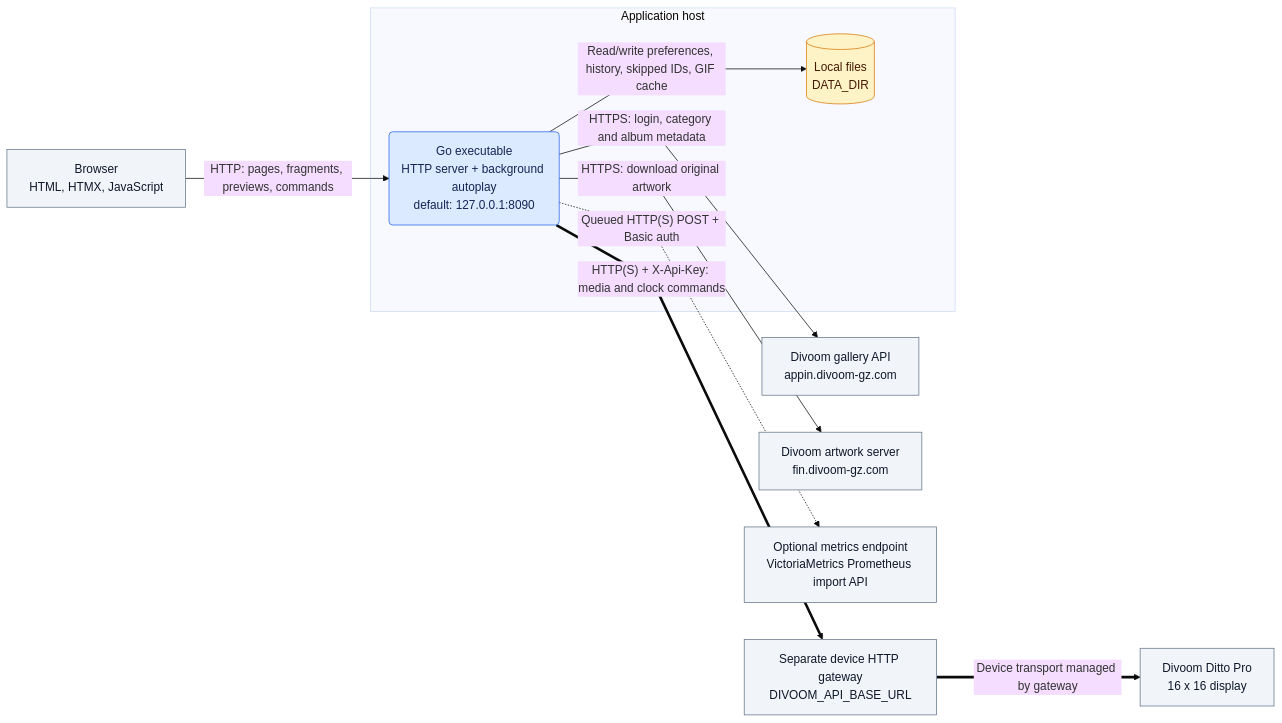
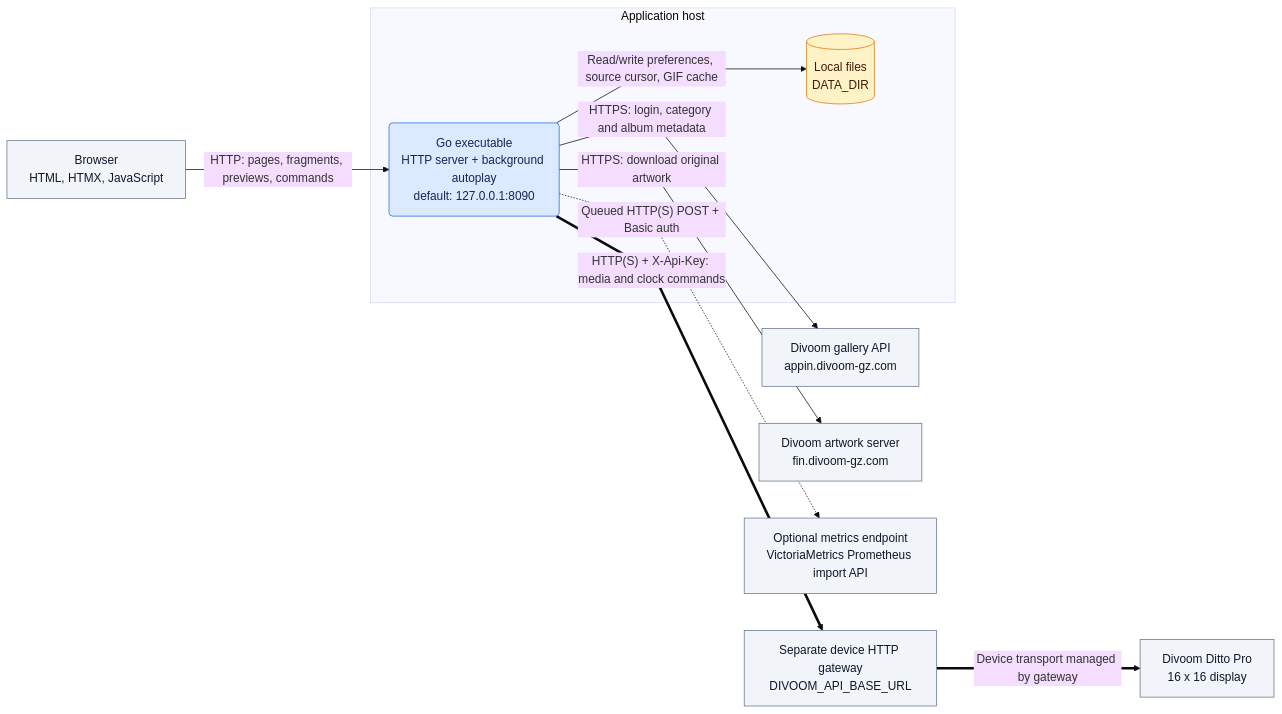
Before and after one commit to lAnubisl/divoom-ditto-pro-online-catalog: the first of 3 diagrams in docs/architecture.md, drawn with Mermaid (base theme). The commit also changed other lines of this file and 27 other files, not shown here.

````diff
--- a/docs/architecture.md
+++ b/docs/architecture.md
@@ -27,28 +27,28 @@
 ```mermaid
 %%{init: {"flowchart": {"curve": "rounded"}}}%%
 flowchart LR
     browser["Browser<br/>HTML, HTMX, JavaScript"]:::external
 
     subgraph host["Application host"]
         app("Go executable<br/>HTTP server + background autoplay<br/>default: 127.0.0.1:8090"):::service
         disk[("Local files<br/>DATA_DIR")]:::storage
     end
 
     api["Divoom gallery API<br/>appin.divoom-gz.com"]:::external
     files["Divoom artwork server<br/>fin.divoom-gz.com"]:::external
     gateway["Separate device HTTP gateway<br/>DIVOOM_API_BASE_URL"]:::external
     display["Divoom Ditto Pro<br/>16 x 16 display"]:::external
     metrics["Optional metrics endpoint<br/>VictoriaMetrics Prometheus import API"]:::external
 
     browser -->|"HTTP: pages, fragments, previews, commands"| app
-    app -->|"Read/write preferences, history, skipped IDs, GIF cache"| disk
+    app -->|"Read/write preferences, source cursor, GIF cache"| disk
     app -->|"HTTPS: login, category and album metadata"| api
     app -->|"HTTPS: download original artwork"| files
     app ==>|"HTTP(S) + X-Api-Key: media and clock commands"| gateway
     gateway ==>|"Device transport managed by gateway"| display
     app -.->|"Queued HTTP(S) POST + Basic auth"| metrics
 
     classDef service fill:#dbeafe,stroke:#2563eb,color:#172554
     classDef external fill:#f1f5f9,stroke:#64748b,color:#0f172a
     classDef storage fill:#fef3c7,stroke:#d97706,color:#451a03
 ```
````
